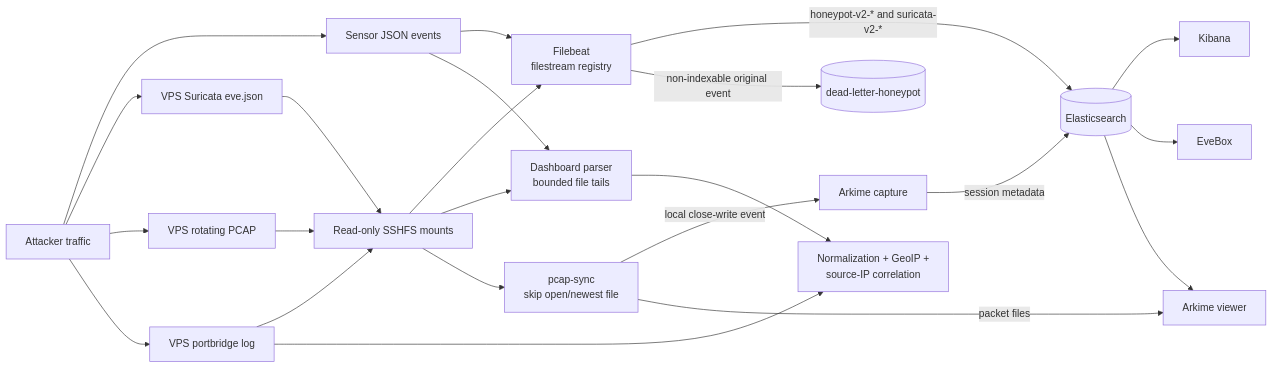
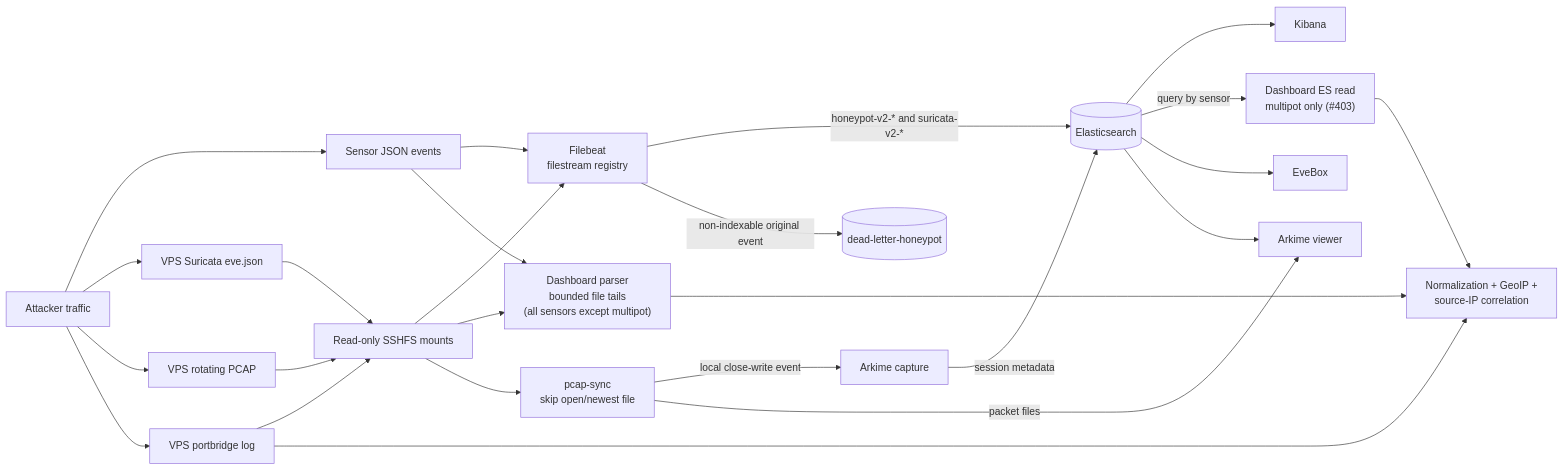
The third of 7 diagrams in docs/ARCHITECTURE.md (Xore/APIARY), drawn with Mermaid before and after one commit. The commit also changed other lines of this file, not shown here.

First line of the commit message:
docs: update ARCHITECTURE.md for #238's new sensors + add ES ingest pipeline diagram

````diff
--- a/docs/ARCHITECTURE.md
+++ b/docs/ARCHITECTURE.md
@@ -288,47 +303,50 @@
 ```mermaid
 flowchart LR
   traffic["Attacker traffic"]
   sensorEvents["Sensor JSON events"]
   vpsEve["VPS Suricata eve.json"]
   vpsPcap["VPS rotating PCAP"]
   portLog["VPS portbridge log"]
   sshfs["Read-only SSHFS mounts"]
   filebeat["Filebeat<br/>filestream registry"]
-  live["Dashboard parser<br/>bounded file tails"]
+  live["Dashboard parser<br/>bounded file tails<br/>(all sensors except multipot)"]
+  esRead["Dashboard ES read<br/>multipot only (#403)"]
   normalize["Normalization + GeoIP +<br/>source-IP correlation"]
   es[("Elasticsearch")]
   dlq[("dead-letter-honeypot")]
   kibana["Kibana"]
   evebox["EveBox"]
   sync["pcap-sync<br/>skip open/newest file"]
   arkime["Arkime capture"]
   viewer["Arkime viewer"]
 
   traffic --> sensorEvents
   traffic --> vpsEve
   traffic --> vpsPcap
   traffic --> portLog
 
   vpsEve --> sshfs
   vpsPcap --> sshfs
   portLog --> sshfs
 
   sensorEvents --> filebeat
   sshfs --> filebeat
   filebeat -->|"honeypot-v2-* and suricata-v2-*"| es
   filebeat -->|"non-indexable original event"| dlq
   es --> kibana
 
   sensorEvents --> live
   sshfs --> live
   live --> normalize
+  es -->|"query by sensor"| esRead
+  esRead --> normalize
   portLog --> normalize
 
   es --> evebox
 
   sshfs --> sync
   sync -->|"local close-write event"| arkime
   arkime -->|"session metadata"| es
   sync -->|"packet files"| viewer
   es --> viewer
 ```
````
